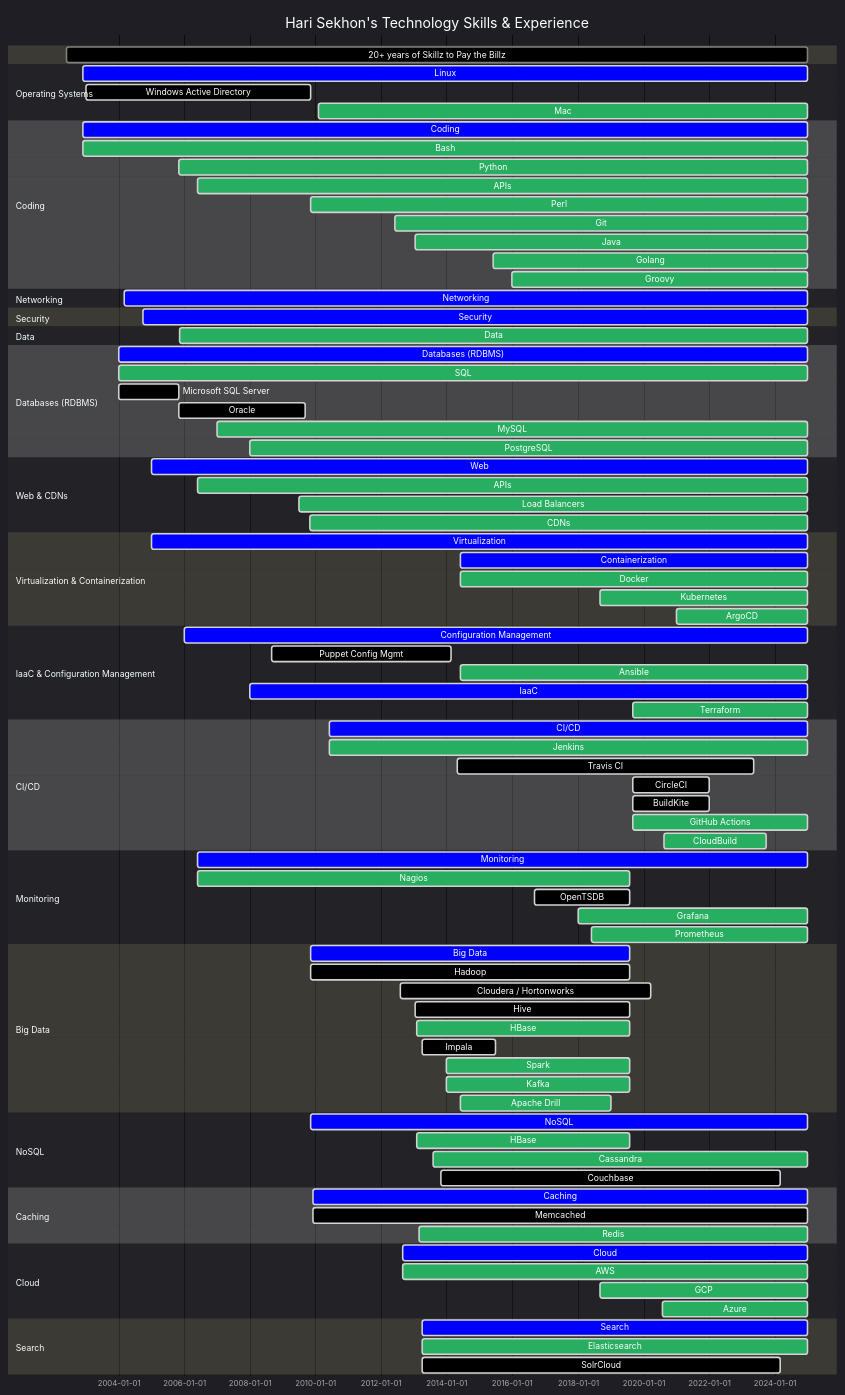
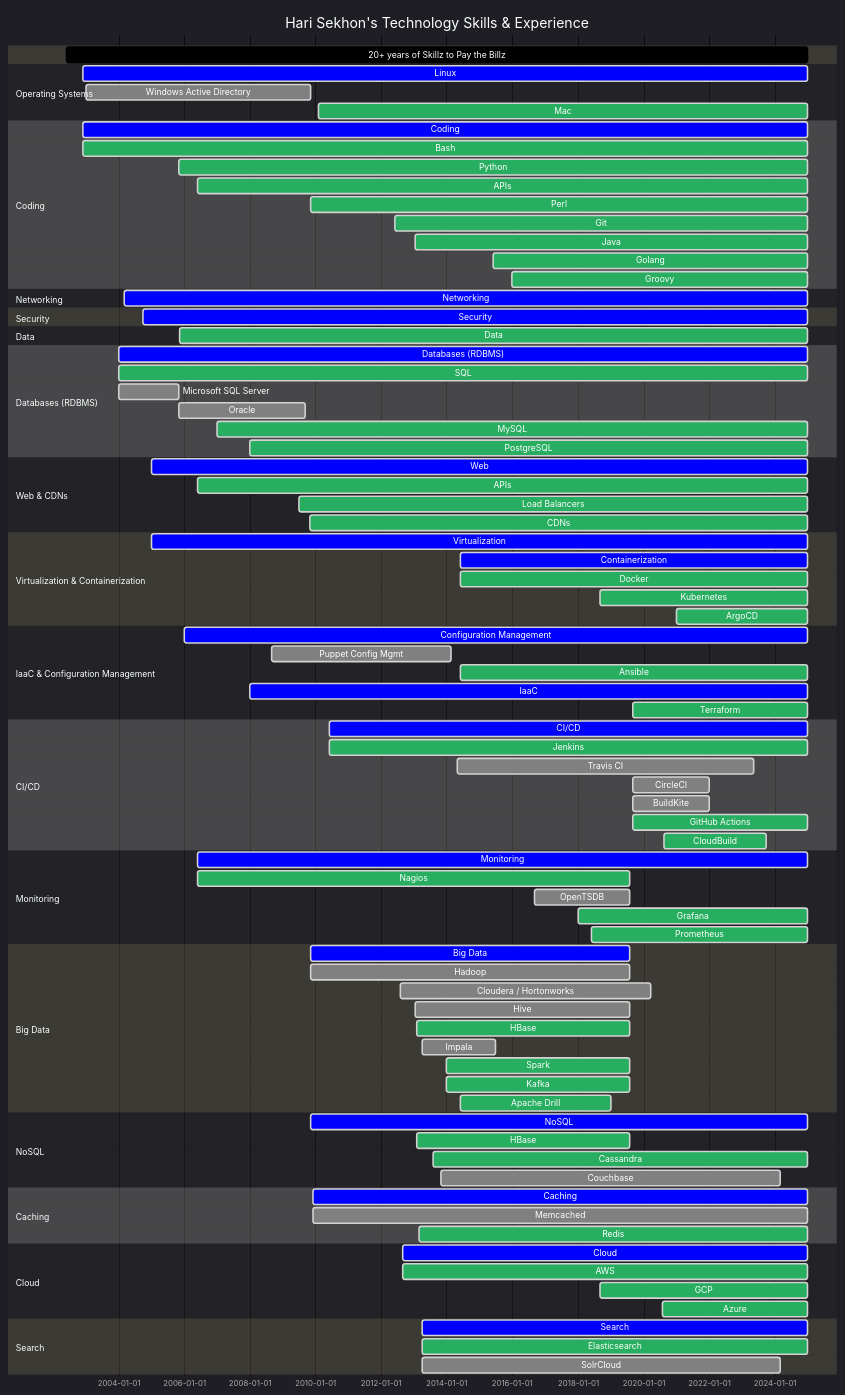
Before and after one commit to HariSekhon/HariSekhon: the diagram in README.md, drawn with Mermaid.

```diff
--- a/README.md
+++ b/README.md
@@ -289,12 +289,12 @@
           'activeTaskBorderColor': 'lightgrey',
           'critBkgColor': 'blue',
           'critBorderColor': 'lightgrey',
-          'doneTaskBkgColor': 'black',
+          'doneTaskBkgColor': 'grey',
           'doneTaskBorderColor': 'lightgrey',
           'excludeBkgColor': '#eeeeee',
           'gridColor': 'lightgrey',
           'taskBkgColor': 'black',
-          'taskBorderColor': 'grey',
+          'taskBorderColor': 'black',
           'taskTextClickableColor': 'white',
           'taskTextColor': 'white',
           'taskTextDarkColor': 'white',
```
